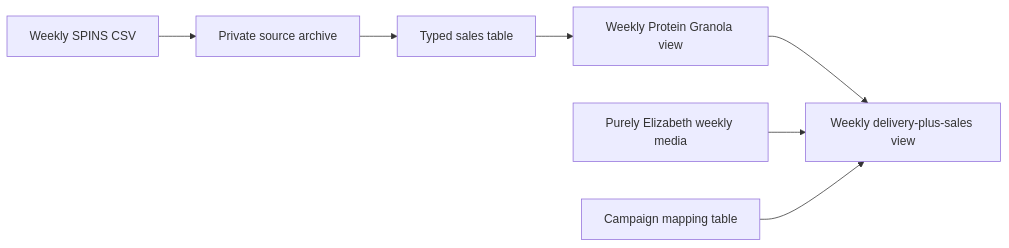
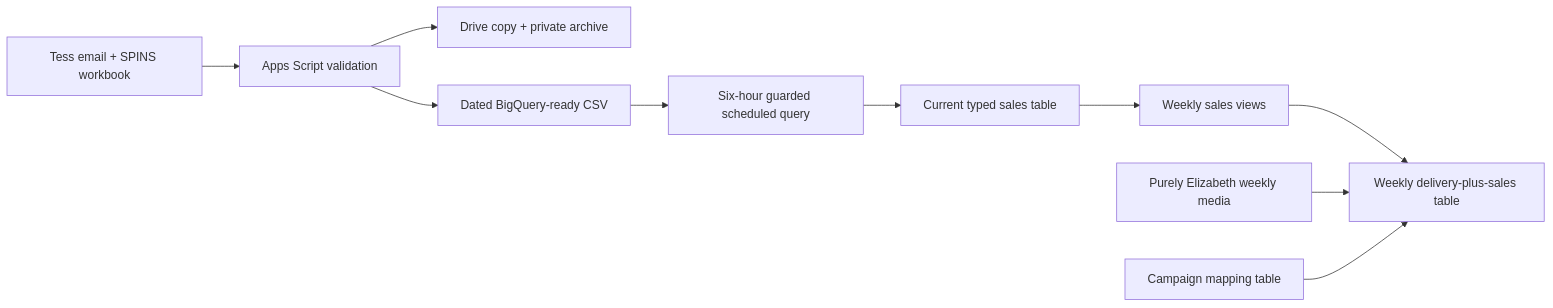
The diagram in purely_elizabeth/README.md (genetsen/looker_personal), drawn with Mermaid before and after one commit. The commit also changed other lines of this file and 20 other files, not shown here.

````diff
--- a/purely_elizabeth/README.md
+++ b/purely_elizabeth/README.md
@@ -17,9 +21,12 @@
 ```mermaid
 flowchart LR
-  A["Weekly SPINS CSV"] --> B["Private source archive"]
-  B --> C["Typed sales table"]
-  C --> D["Weekly Protein Granola view"]
-  D --> F["Weekly delivery-plus-sales view"]
-  E["Purely Elizabeth weekly media"] --> F
-  G["Campaign mapping table"] --> F
+  A["Tess email + SPINS workbook"] --> B["Apps Script validation"]
+  B --> C["Drive copy + private archive"]
+  B --> D["Dated BigQuery-ready CSV"]
+  D --> E["Six-hour guarded scheduled query"]
+  E --> F["Current typed sales table"]
+  F --> G["Weekly sales views"]
+  G --> H["Weekly delivery-plus-sales table"]
+  I["Purely Elizabeth weekly media"] --> H
+  J["Campaign mapping table"] --> H
 ```
````
